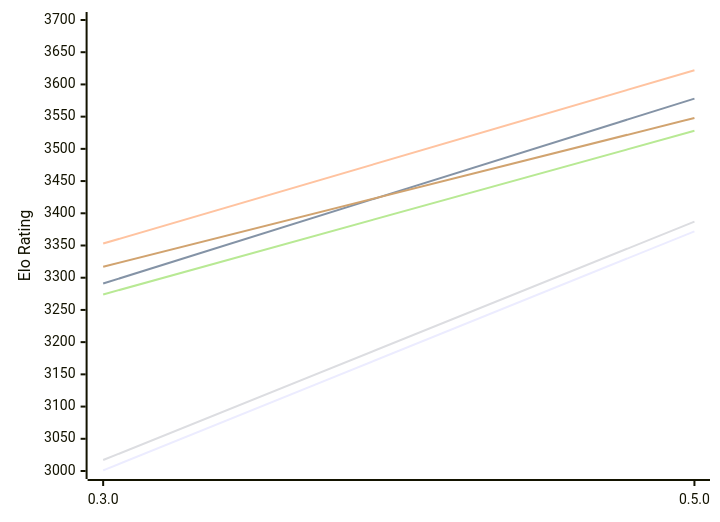
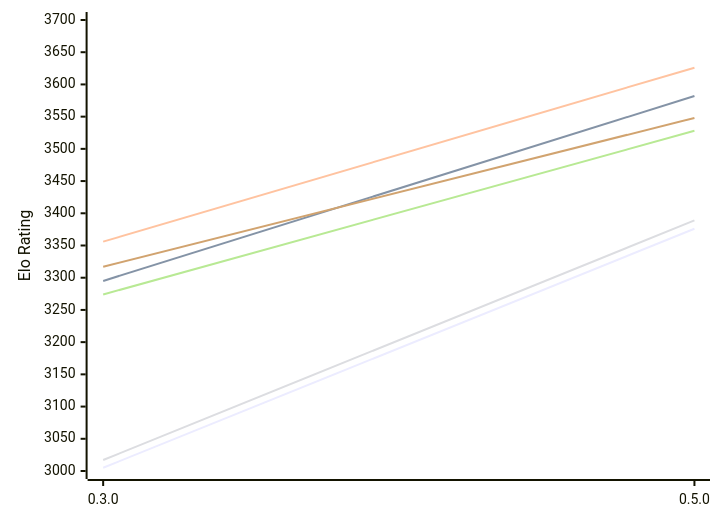
Before and after one commit to computer-chess-index/cci: the first of 2 diagrams in engines/Justbot.md, drawn with Mermaid. The commit also changed other lines of this file, not shown here.

Commit message:
Update CCI Ratings (ELO VLTC) - 2026-11-22

````diff
--- a/engines/Justbot.md
+++ b/engines/Justbot.md
@@ -53,12 +53,12 @@
 ```mermaid
 %%{init: {"theme":"base","themeVariables":{"seriesColors:['#a3a3a3','#222221','#faa371']}}}%%
 xychart-beta
   x-axis ["0.3.0", "0.5.0"]
   y-axis "Elo Rating" 3000 --> 3700
-  line "E1: STC (8.0+0.08s)" [3001, 3372]
-  line "E1: LTC (60.0+0.60s)" [3291, 3578]
-  line "E1: VLTC (2m24s+1.12s)" [3353, 3622]
-  line "P1: STC (8.0+0.08s)" [3017, 3387]
+  line "E1: STC (8.0+0.08s)" [3005, 3376]
+  line "E1: LTC (60.0+0.60s)" [3295, 3582]
+  line "E1: VLTC (2m24s+1.12s)" [3356, 3626]
+  line "P1: STC (8.0+0.08s)" [3017, 3389]
   line "P1: LTC (60.0+0.60s)" [3274, 3528]
   line "P1: VLTC (2m24s+1.12s)" [3317, 3548]
 ```
````
